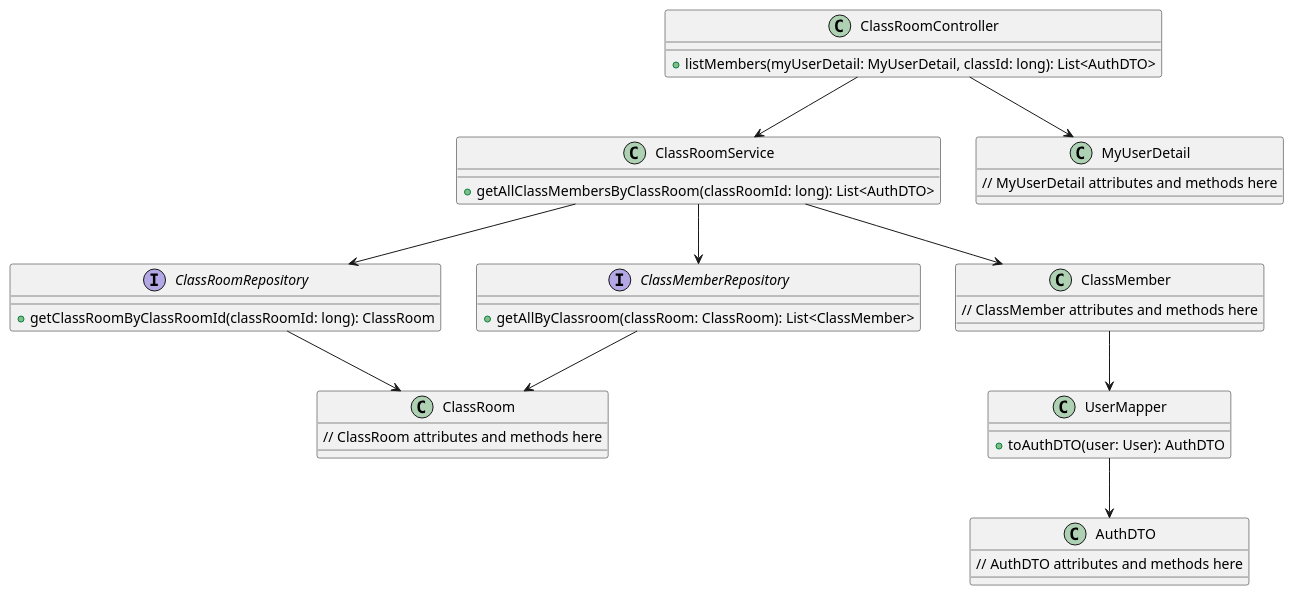
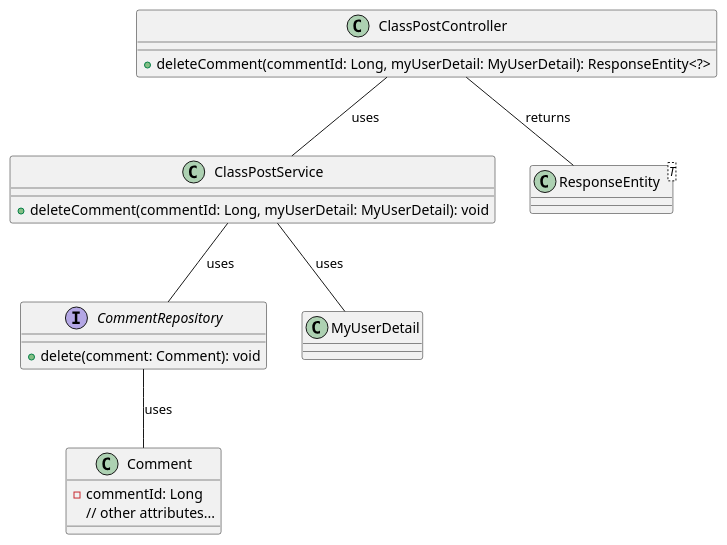
Before and after one commit to zzquocngaozz/JFlashcard: the diagram in PackageDiagram.puml, drawn with PlantUML. The commit also changed 6 other files, not shown here.

```diff
--- a/PackageDiagram.puml
+++ b/PackageDiagram.puml
@@ -1,49 +1,30 @@
 @startuml
 
-class ClassRoomController {
-    + listMembers(myUserDetail: MyUserDetail, classId: long): List<AuthDTO>
+class ClassPostController {
+  +deleteComment(commentId: Long, myUserDetail: MyUserDetail): ResponseEntity<?>
 }
 
-class ClassRoomService {
-    + getAllClassMembersByClassRoom(classRoomId: long): List<AuthDTO>
+class ClassPostService {
+  +deleteComment(commentId: Long, myUserDetail: MyUserDetail): void
 }
 
-interface ClassRoomRepository {
-    + getClassRoomByClassRoomId(classRoomId: long): ClassRoom
+interface CommentRepository {
+  +delete(comment: Comment): void
 }
 
-interface ClassMemberRepository {
-    + getAllByClassroom(classRoom: ClassRoom): List<ClassMember>
+class Comment {
+  -commentId: Long
+  // other attributes...
 }
 
-class ClassRoom {
-    // ClassRoom attributes and methods here
-}
+class MyUserDetail
 
-class ClassMember {
-    // ClassMember attributes and methods here
-}
+class ResponseEntity<T>
 
-class MyUserDetail {
-    // MyUserDetail attributes and methods here
-}
-
-class AuthDTO {
-    // AuthDTO attributes and methods here
-}
-
-class UserMapper {
-    + toAuthDTO(user: User): AuthDTO
-}
-
-ClassRoomController --> ClassRoomService
-ClassRoomController --> MyUserDetail
-ClassRoomService --> ClassRoomRepository
-ClassRoomService --> ClassMemberRepository
-ClassRoomService --> ClassMember
-ClassRoomRepository --> ClassRoom
-ClassMemberRepository --> ClassRoom
-ClassMember --> UserMapper
-UserMapper--> AuthDTO
+ClassPostController -- ClassPostService : uses
+ClassPostService -- CommentRepository : uses
+ClassPostService -- MyUserDetail : uses
+CommentRepository -- Comment : uses
+ClassPostController -- ResponseEntity : returns
 
 @enduml
```
